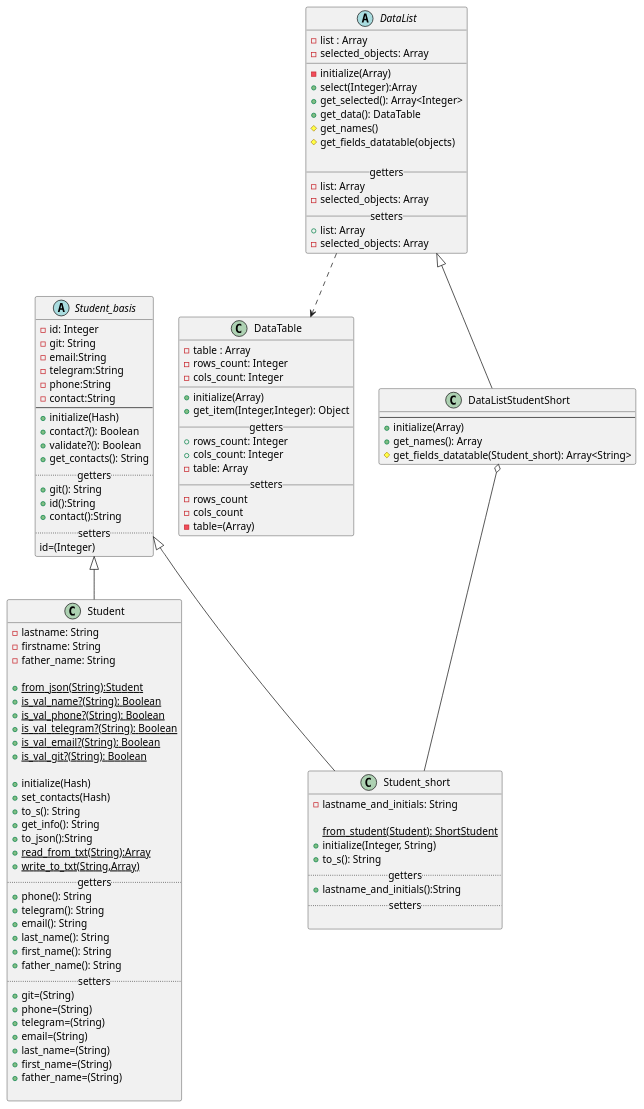
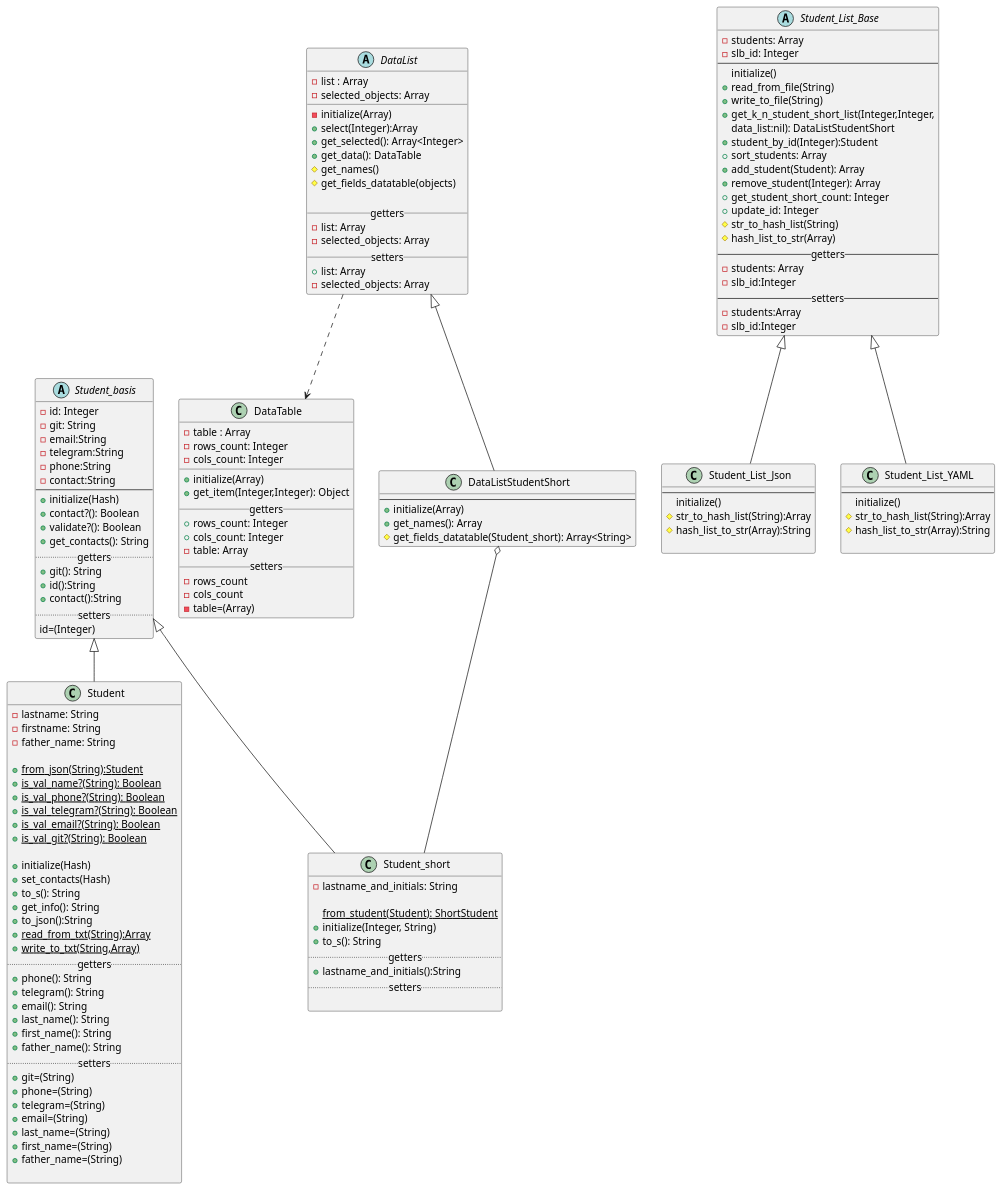
One commit to ColdEiler/pattern changed the diagram in lab2/student_diagrams.puml. Above: the diagram before and after it, drawn with PlantUML. The commit also changed 1 other file, not shown here.

Commit message:
Добавлена диаграмма классов

```diff
--- a/lab2/student_diagrams.puml
+++ b/lab2/student_diagrams.puml
@@ -1,117 +1,159 @@
 @startuml
 'https://plantuml.com/class-diagram
 abstract class Student_basis{
      -id: Integer
      -git: String
      -email:String
      -telegram:String
      -phone:String
      -contact:String
 --
      +initialize(Hash)
      +contact?(): Boolean
      +validate?(): Boolean
      +get_contacts(): String
      .. getters..
      +git(): String
      +id():String
      +contact():String
      .. setters ..
      id=(Integer)
 }
 
 class Student extends Student_basis{
      -lastname: String
      -firstname: String
      -father_name: String
 
      +{static}from_json(String):Student
      +{static}is_val_name?(String): Boolean
      +{static}is_val_phone?(String): Boolean
      +{static}is_val_telegram?(String): Boolean
      +{static}is_val_email?(String): Boolean
      +{static}is_val_git?(String): Boolean
 
      +initialize(Hash)
      +set_contacts(Hash)
      +to_s(): String
      +get_info(): String
      +to_json():String
      +{static}read_from_txt(String):Array
      +{static}write_to_txt(String,Array)
      .. getters ..
      +phone(): String
      +telegram(): String
      +email(): String
      +last_name(): String
      +first_name(): String
      +father_name(): String
      .. setters ..
      +git=(String)
      +phone=(String)
      +telegram=(String)
      +email=(String)
      +last_name=(String)
      +first_name=(String)
      +father_name=(String)
 
 }
 
 class Student_short extends Student_basis{
      -lastname_and_initials: String
      
      {static}from_student(Student): ShortStudent
      +initialize(Integer, String)
      +to_s(): String
      .. getters ..
      +lastname_and_initials():String
      .. setters ..
 
 }
 
 
 class DataTable{
     -table : Array
     -rows_count: Integer
     -cols_count: Integer
     __
     +initialize(Array)
     +get_item(Integer,Integer): Object
     __getters__
     +rows_count: Integer
     +cols_count: Integer
     -table: Array
     __setters__
     -rows_count
     -cols_count
     -table=(Array)
 }
 abstract class DataList{
     -list : Array
     -selected_objects: Array
     __
     -initialize(Array)
     +select(Integer):Array
     +get_selected(): Array<Integer>
     +get_data(): DataTable
     #get_names()
     #get_fields_datatable(objects)
 
     __getters__
     -list: Array
     -selected_objects: Array
     __setters__
     +list: Array
     -selected_objects: Array
 }
 
 class DataListStudentShort extends DataList{
     --
     +initialize(Array)
     +get_names(): Array
     #get_fields_datatable(Student_short): Array<String>
 }
 
 DataList ..> DataTable
 DataListStudentShort o-- Student_short
+
+abstract class Student_List_Base{
+    -students: Array
+    -slb_id: Integer
+--
+    initialize()
+    +read_from_file(String)
+    +write_to_file(String)
+    +get_k_n_student_short_list(Integer,Integer,
+    data_list:nil): DataListStudentShort
+    +student_by_id(Integer):Student
+    +sort_students: Array
+    +add_student(Student): Array
+    +remove_student(Integer): Array
+    +get_student_short_count: Integer
+    +update_id: Integer
+    #str_to_hash_list(String)
+    #hash_list_to_str(Array)
+--  getters --
+    -students: Array
+    -slb_id:Integer
+--  setters --
+    -students:Array
+    -slb_id:Integer
+}
+
+class Student_List_Json extends Student_List_Base{
+    --
+    initialize()
+    #str_to_hash_list(String):Array
+    #hash_list_to_str(Array):String
+
+}
+
+class Student_List_YAML extends Student_List_Base{
+    --
+    initialize()
+    #str_to_hash_list(String):Array
+    #hash_list_to_str(Array):String
+
+}
+
 @enduml
```
